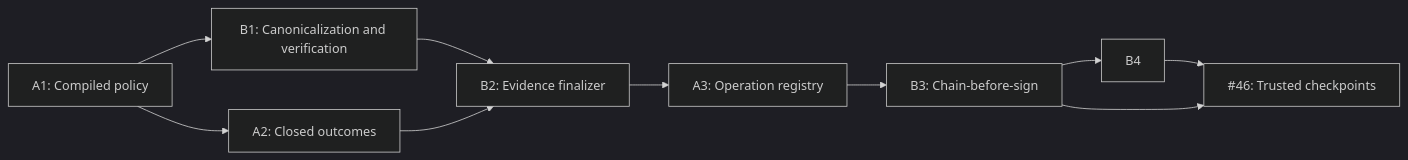
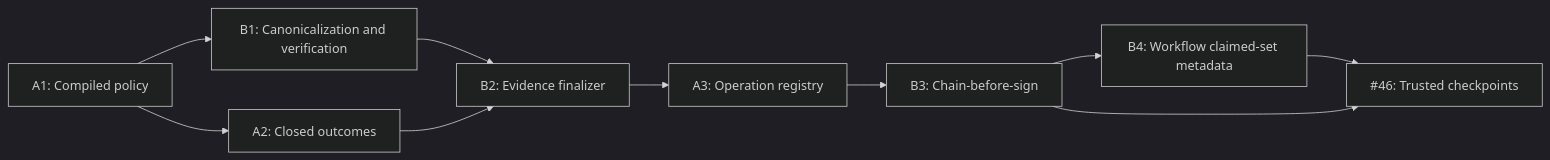
One commit to nealsolves/aegis changed the diagram in docs/superpowers/plans/2026-07-30-enforcement-core-plan-index.md. Above: the diagram before and after it, drawn with Mermaid (dark theme). The commit also changed 2 other files, not shown here.

Commit message:
docs: disambiguate policy contract version

````diff
--- a/docs/superpowers/plans/2026-07-30-enforcement-core-plan-index.md
+++ b/docs/superpowers/plans/2026-07-30-enforcement-core-plan-index.md
@@ -12,12 +12,12 @@
 ```mermaid
 flowchart LR
     A1["A1: Compiled policy"] --> A2["A2: Closed outcomes"]
     A1 --> B1["B1: Canonicalization and verification"]
     B1 --> B2["B2: Evidence finalizer"]
     A2 --> B2
     B2 --> A3["A3: Operation registry"]
     A3 --> B3["B3: Chain-before-sign"]
-    B3 --> B4
+    B3 --> B4["B4: Workflow claimed-set metadata"]
     B4 --> I46["#46: Trusted checkpoints"]
     B3 --> I46
 ```
````
